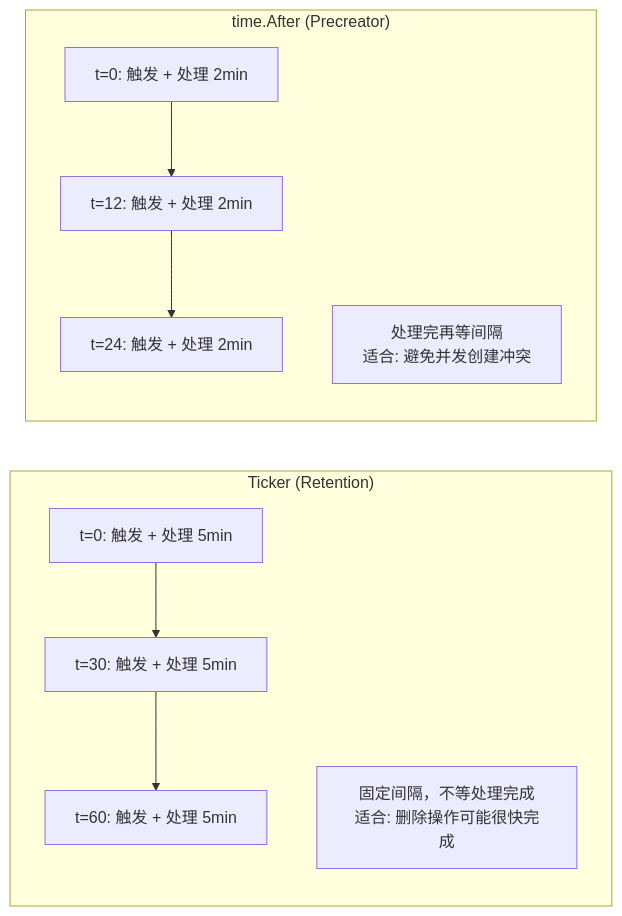
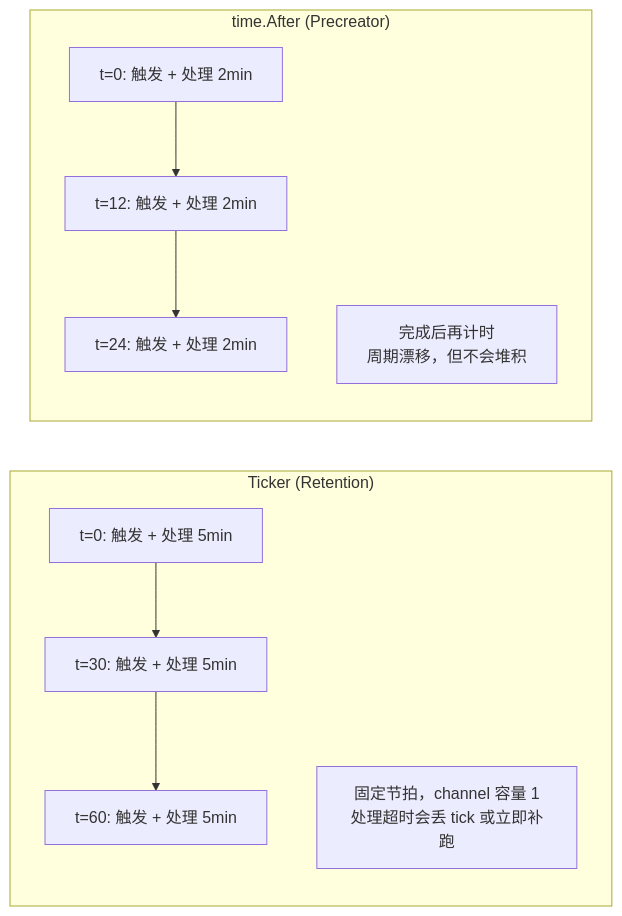
One commit to stefanv5/influxdb changed diagram 13 of 17 in docs/specs/12_background_services_spec.md. Above: the diagram before and after it, drawn with Mermaid. The commit also changed other lines of this file and 16 other files, not shown here.

First line of the commit message:
docs: correct and deepen the 17 architecture specs

````diff
--- a/docs/specs/12_background_services_spec.md
+++ b/docs/specs/12_background_services_spec.md
@@ -1447,14 +1743,14 @@
 ```mermaid
 flowchart LR
     subgraph "Ticker (Retention)"
         T1["t=0: 触发 + 处理 5min"] --> T2["t=30: 触发 + 处理 5min"]
         T2 --> T3["t=60: 触发 + 处理 5min"]
-        NoteT["固定间隔，不等处理完成<br/>适合: 删除操作可能很快完成"]
+        NoteT["固定节拍，channel 容量 1<br/>处理超时会丢 tick 或立即补跑"]
     end
 
     subgraph "time.After (Precreator)"
         A1["t=0: 触发 + 处理 2min"] --> A2["t=12: 触发 + 处理 2min"]
         A2 --> A3["t=24: 触发 + 处理 2min"]
-        NoteA["处理完再等间隔<br/>适合: 避免并发创建冲突"]
+        NoteA["完成后再计时<br/>周期漂移，但不会堆积"]
     end
 ```
````
